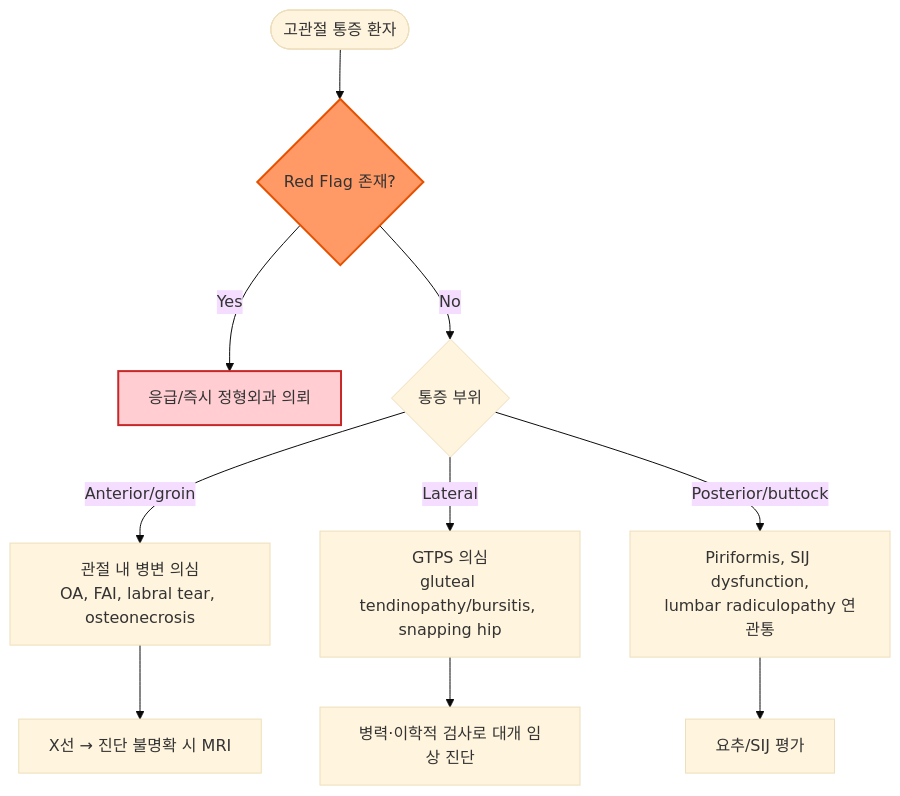
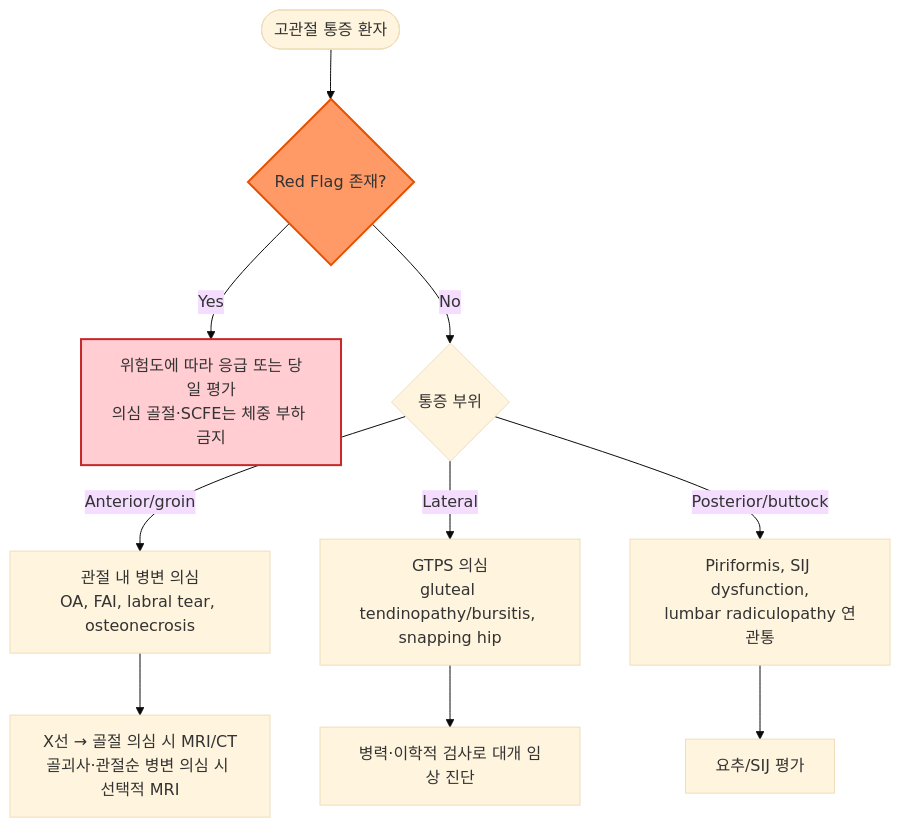
Before and after one commit to familyoh77/familyoh77: the diagram in 228_/143_-hip-pain.md, drawn with Mermaid (base theme). The commit also changed other lines of this file, not shown here.

````diff
--- a/228_/143_-hip-pain.md
+++ b/228_/143_-hip-pain.md
@@ -215,14 +215,14 @@
 ```mermaid
 graph TD
     Start([고관절 통증 환자]) --> RF{Red Flag 존재?}
-    RF -->|Yes| ER[응급/즉시 정형외과 의뢰]
+    RF -->|Yes| ER[위험도에 따라 응급 또는 당일 평가<br/>의심 골절·SCFE는 체중 부하 금지]
     RF -->|No| Loc{통증 부위}
     Loc -->|Anterior/groin| Ant[관절 내 병변 의심<br/>OA, FAI, labral tear, osteonecrosis]
     Loc -->|Lateral| Lat[GTPS 의심<br/>gluteal tendinopathy/bursitis, snapping hip]
     Loc -->|Posterior/buttock| Post[Piriformis, SIJ dysfunction,<br/>lumbar radiculopathy 연관통]
-    Ant --> Img1[X선 → 진단 불명확 시 MRI]
+    Ant --> Img1[X선 → 골절 의심 시 MRI/CT<br/>골괴사·관절순 병변 의심 시 선택적 MRI]
     Lat --> PE1[병력·이학적 검사로 대개 임상 진단]
     Post --> Img2[요추/SIJ 평가]
     style RF fill:#f96,stroke:#e65100,stroke-width:2px
     style ER fill:#ffcdd2,stroke:#c62828,stroke-width:2px
 ```
````
